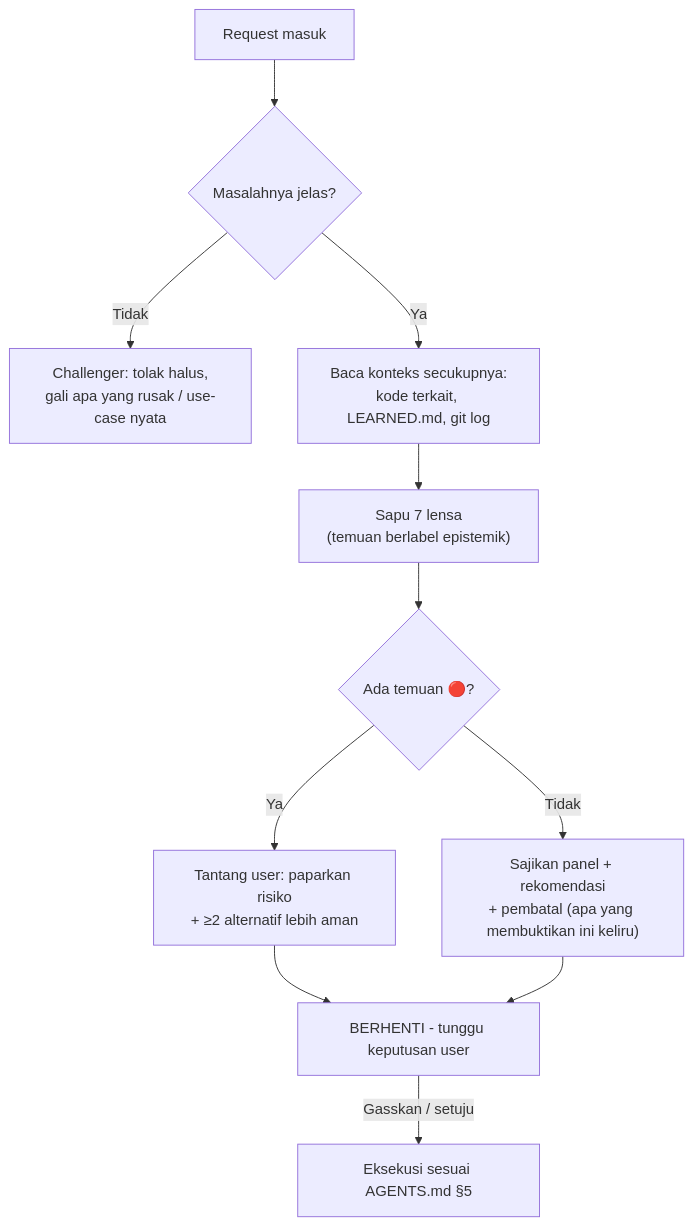
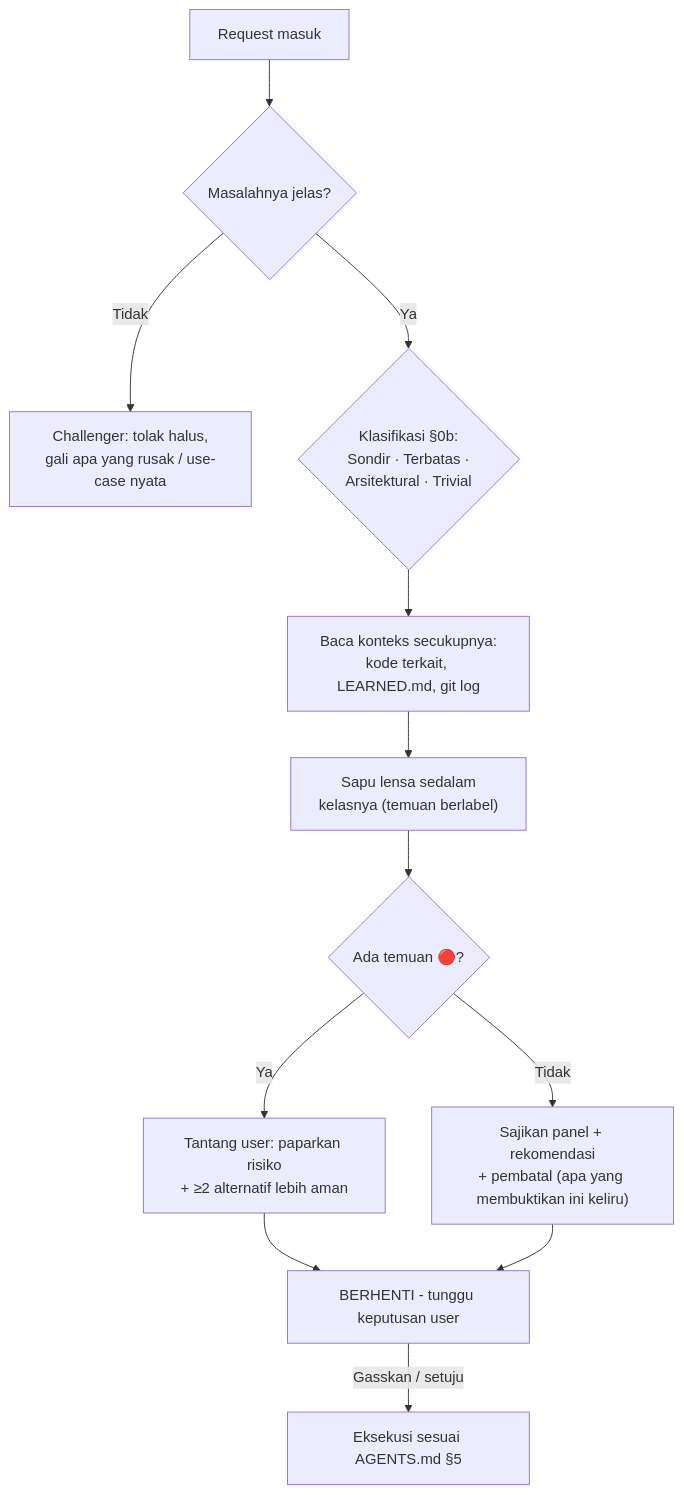
The diagram in skills/meta-panel/SKILL.md (muhananaufal/antigravity-config), drawn with Mermaid before and after one commit. The commit also changed other lines of this file and 5 other files, not shown here.

````diff
--- a/skills/meta-panel/SKILL.md
+++ b/skills/meta-panel/SKILL.md
@@ -51,13 +73,14 @@
 ```mermaid
 flowchart TD
     A[Request masuk] --> B{Masalahnya jelas?}
     B -- Tidak --> C["Challenger: tolak halus,<br/>gali apa yang rusak / use-case nyata"]
-    B -- Ya --> D["Baca konteks secukupnya:<br/>kode terkait, LEARNED.md, git log"]
-    D --> E["Sapu 7 lensa<br/>(temuan berlabel epistemik)"]
+    B -- Ya --> K{"Klasifikasi §0b:<br/>Sondir · Terbatas ·<br/>Arsitektural · Trivial"}
+    K --> D["Baca konteks secukupnya:<br/>kode terkait, LEARNED.md, git log"]
+    D --> E["Sapu lensa sedalam<br/>kelasnya (temuan berlabel)"]
     E --> F{Ada temuan 🔴?}
     F -- Ya --> G["Tantang user: paparkan risiko<br/>+ ≥2 alternatif lebih aman"]
     F -- Tidak --> H["Sajikan panel + rekomendasi<br/>+ pembatal (apa yang membuktikan ini keliru)"]
     G --> I[BERHENTI - tunggu keputusan user]
     H --> I
     I -- "Gasskan / setuju" --> J["Eksekusi sesuai AGENTS.md §5"]
 ```
````
